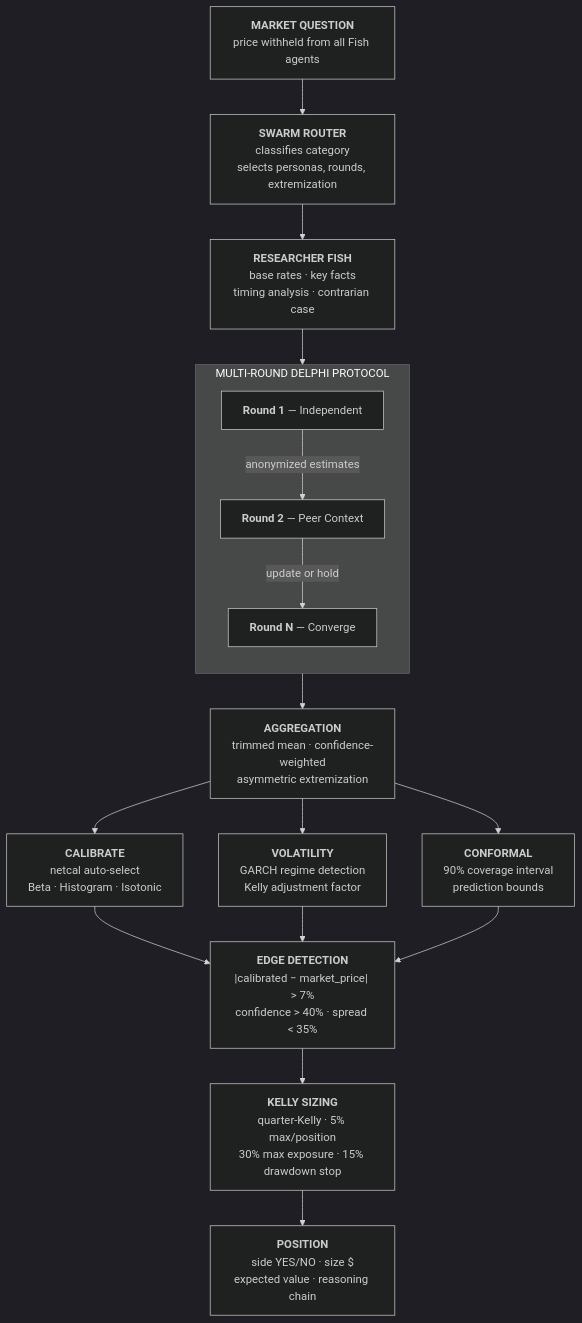
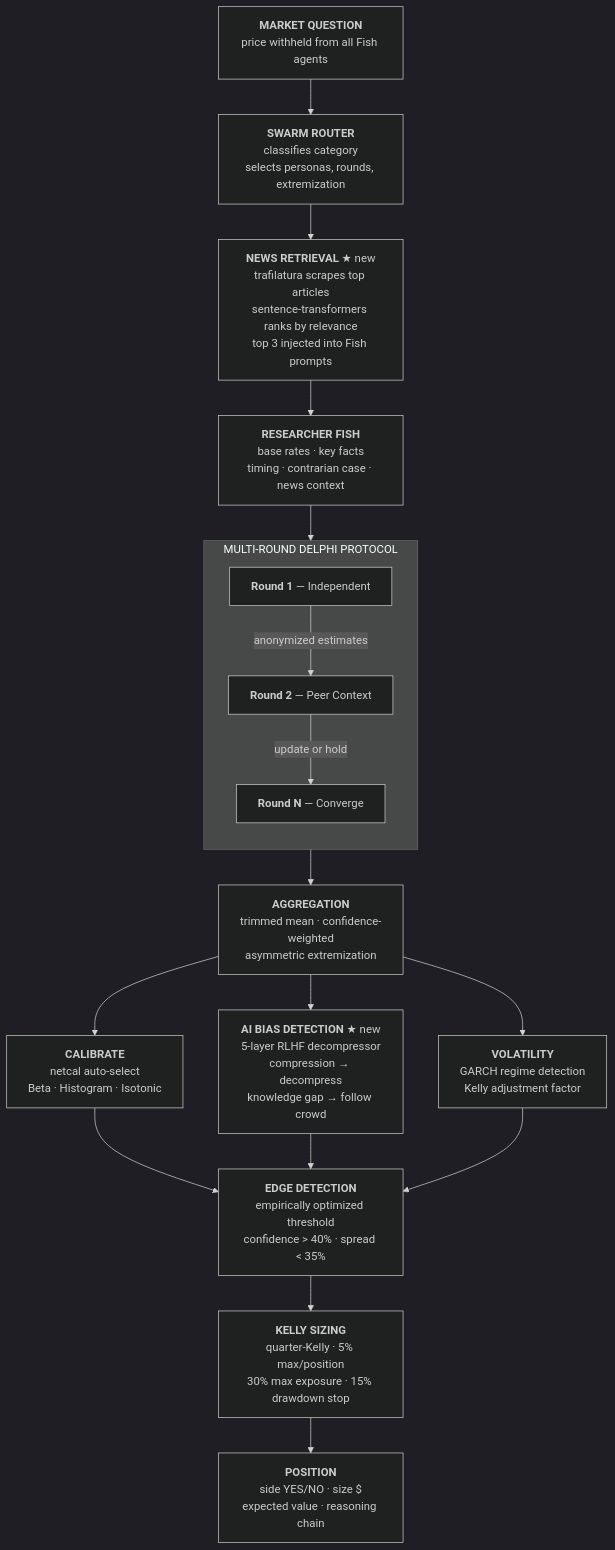
The first of 6 diagrams in README.md (ksk5429/quant), drawn with Mermaid (dark theme) before and after one commit. The commit also changed other lines of this file, not shown here.

Commit message:
docs: update landing page with news retrieval, threshold optimizer, expanded pipeline
- Pipeline diagram: added NEWS RETRIEVAL and AI BIAS DETECTION steps
  with ★ new labels, full 10-step flow
- Architecture tree: added news_context.py, retrodiction_pipeline.py,
  threshold_optimizer.py with ★ markers
- Design decisions: 3 new rows for news injection, data-driven
  threshold, RLHF decompression
- Stats updated: 18K lines, 40 modules, 5,000 market corpus, 230+ retrodictions

````diff
--- a/README.md
+++ b/README.md
@@ -35,54 +35,60 @@
 ```mermaid
 flowchart TD
     A["`**MARKET QUESTION**
     price withheld from all Fish agents`"]
 
     B["`**SWARM ROUTER**
     classifies category
     selects personas, rounds, extremization`"]
 
+    NEWS["`**NEWS RETRIEVAL** ★ new
+    trafilatura scrapes top articles
+    sentence-transformers ranks by relevance
+    top 3 injected into Fish prompts`"]
+
     C["`**RESEARCHER FISH**
     base rates · key facts
-    timing analysis · contrarian case`"]
+    timing · contrarian case · news context`"]
 
     subgraph DELPHI [" MULTI-ROUND DELPHI PROTOCOL "]
         direction TB
         R1["`**Round 1** — Independent`"]
         R2["`**Round 2** — Peer Context`"]
         RN["`**Round N** — Converge`"]
         R1 -- "anonymized estimates" --> R2 -- "update or hold" --> RN
     end
 
     D["`**AGGREGATION**
     trimmed mean · confidence-weighted
     asymmetric extremization`"]
 
     E1["`**CALIBRATE**
     netcal auto-select
     Beta · Histogram · Isotonic`"]
 
+    BIAS["`**AI BIAS DETECTION** ★ new
+    5-layer RLHF decompressor
+    compression → decompress
+    knowledge gap → follow crowd`"]
+
     E2["`**VOLATILITY**
     GARCH regime detection
     Kelly adjustment factor`"]
 
-    E3["`**CONFORMAL**
-    90% coverage interval
-    prediction bounds`"]
-
     F["`**EDGE DETECTION**
-    |calibrated − market_price| > 7%
+    empirically optimized threshold
     confidence > 40% · spread < 35%`"]
 
     G["`**KELLY SIZING**
     quarter-Kelly · 5% max/position
     30% max exposure · 15% drawdown stop`"]
 
     H["`**POSITION**
     side YES/NO · size $
     expected value · reasoning chain`"]
 
-    A --> B --> C --> DELPHI --> D
-    D --> E1 & E2 & E3
-    E1 & E2 & E3 --> F
+    A --> B --> NEWS --> C --> DELPHI --> D
+    D --> E1 & BIAS & E2
+    E1 & BIAS & E2 --> F
     F --> G --> H
 ```
````
